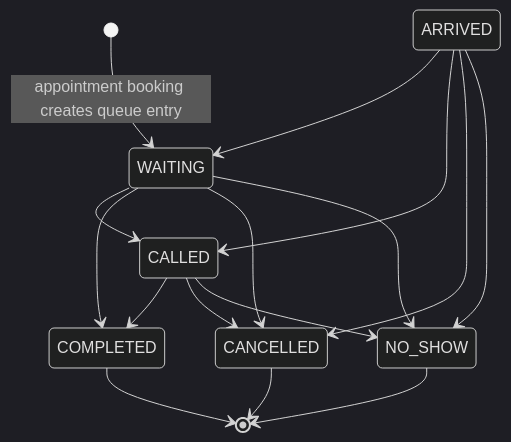
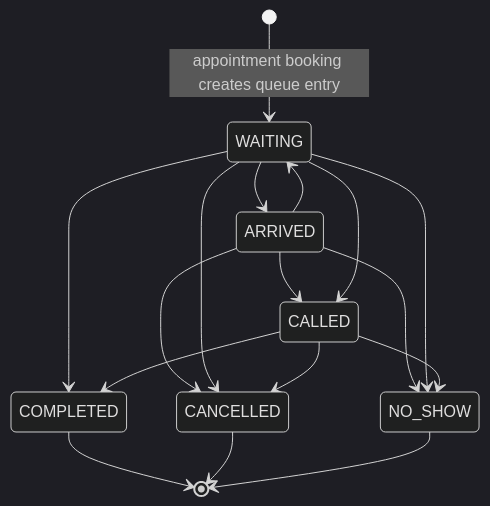
One commit to garvitsingh171/pravaah changed the sixth of 10 diagrams in docs/diagrams/REVIEWER_DIAGRAMS.md. Above: the diagram before and after it, drawn with Mermaid (dark theme). The commit also changed other lines of this file and 37 other files, not shown here.

````diff
--- a/docs/diagrams/REVIEWER_DIAGRAMS.md
+++ b/docs/diagrams/REVIEWER_DIAGRAMS.md
@@ -119,18 +119,19 @@
 ```mermaid
 stateDiagram-v2
     [*] --> WAITING: appointment booking creates queue entry
     ARRIVED --> WAITING
     ARRIVED --> CALLED
     ARRIVED --> CANCELLED
     ARRIVED --> NO_SHOW
+    WAITING --> ARRIVED
     WAITING --> CALLED
     WAITING --> COMPLETED
     WAITING --> CANCELLED
     WAITING --> NO_SHOW
     CALLED --> COMPLETED
     CALLED --> CANCELLED
     CALLED --> NO_SHOW
     COMPLETED --> [*]
     CANCELLED --> [*]
     NO_SHOW --> [*]
 ```
````
